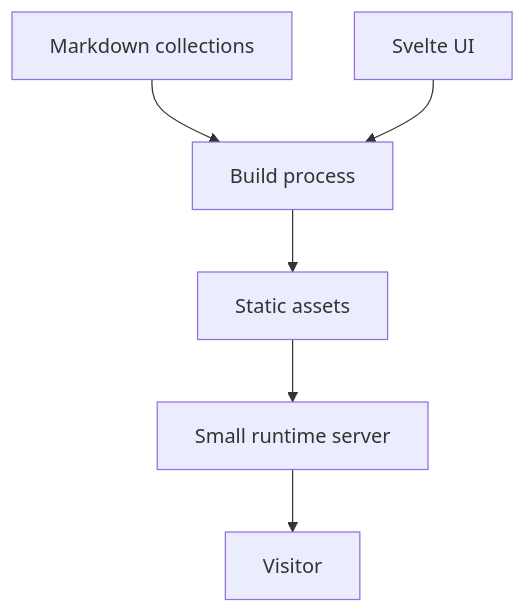
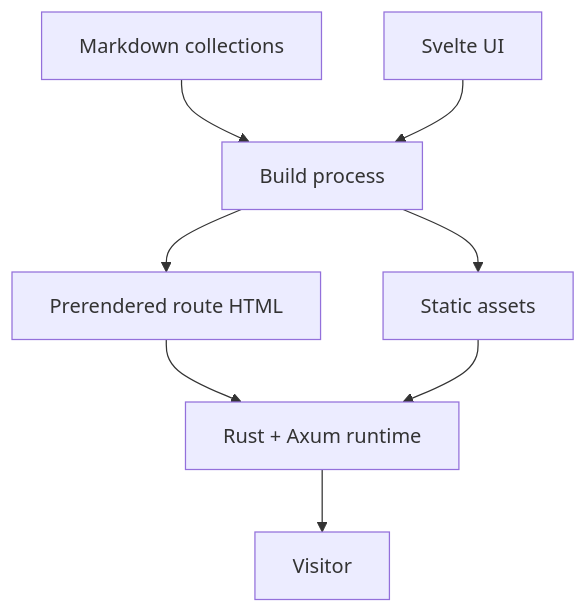
Before and after one commit to farismnrr/portofolio: the third of 3 diagrams in frontend/content/projects/portfolio-website.md, drawn with Mermaid. The commit also changed other lines of this file, not shown here.

````diff
--- a/frontend/content/projects/portfolio-website.md
+++ b/frontend/content/projects/portfolio-website.md
@@ -158,8 +120,10 @@
 ```mermaid
 flowchart TD
     M[Markdown collections] --> B[Build process]
     S[Svelte UI] --> B
+    B --> P[Prerendered route HTML]
     B --> A[Static assets]
-    A --> R[Small runtime server]
+    P --> R[Rust + Axum runtime]
+    A --> R
     R --> U[Visitor]
 ```
````
